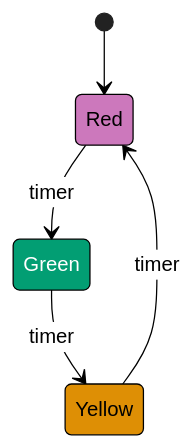
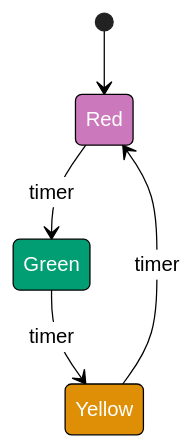
The third of 7 diagrams in apps/ayokoding-web/content/en/learn/software-engineering/architecture/finite-state-machine-fsm/by-example/beginner.md (wahidyankf/open-sharia-enterprise), drawn with Mermaid (neutral theme) before and after one commit. The commit also changed other lines of this file and 61 other files, not shown here.

First line of the commit message:
fix(ayokoding-web): quote Mermaid node labels with special characters in Example 63

````diff
--- a/apps/ayokoding-web/content/en/learn/software-engineering/architecture/finite-state-machine-fsm/by-example/beginner.md
+++ b/apps/ayokoding-web/content/en/learn/software-engineering/architecture/finite-state-machine-fsm/by-example/beginner.md
@@ -135,15 +135,15 @@
 ```mermaid
 stateDiagram-v2
     [*] --> Red
     Red --> Green: timer
     Green --> Yellow: timer
     Yellow --> Red: timer
 
-    classDef redState fill:#CC78BC,stroke:#000,color:#000
+    classDef redState fill:#CC78BC,stroke:#000,color:#fff
     classDef greenState fill:#029E73,stroke:#000,color:#fff
-    classDef yellowState fill:#DE8F05,stroke:#000,color:#000
+    classDef yellowState fill:#DE8F05,stroke:#000,color:#fff
 
     class Red redState
     class Green greenState
     class Yellow yellowState
 ```
````
